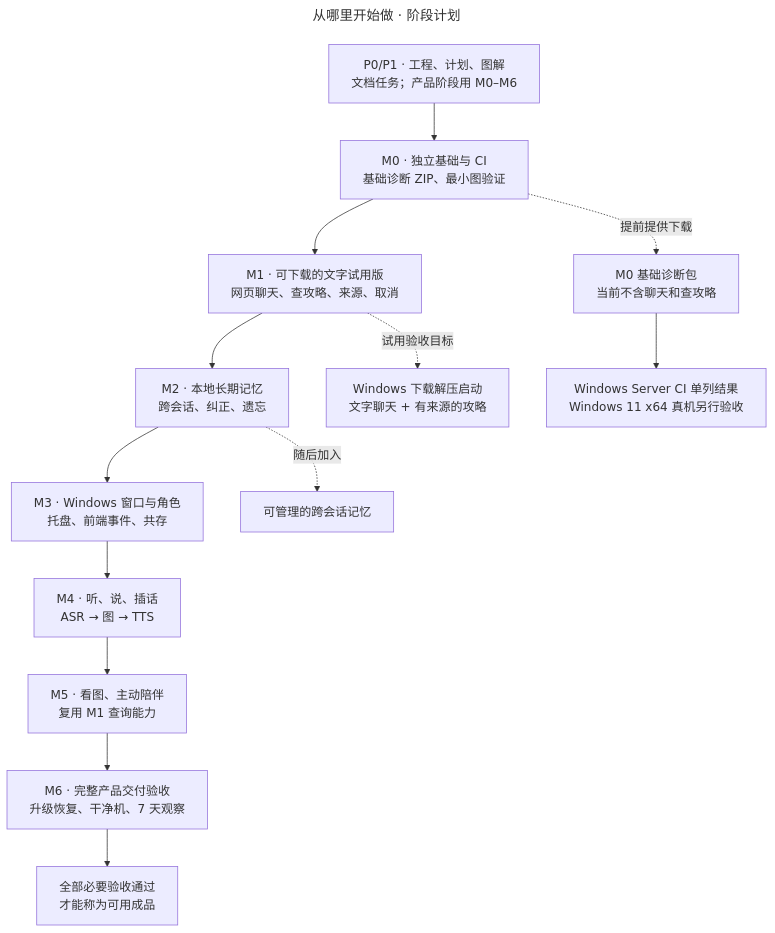
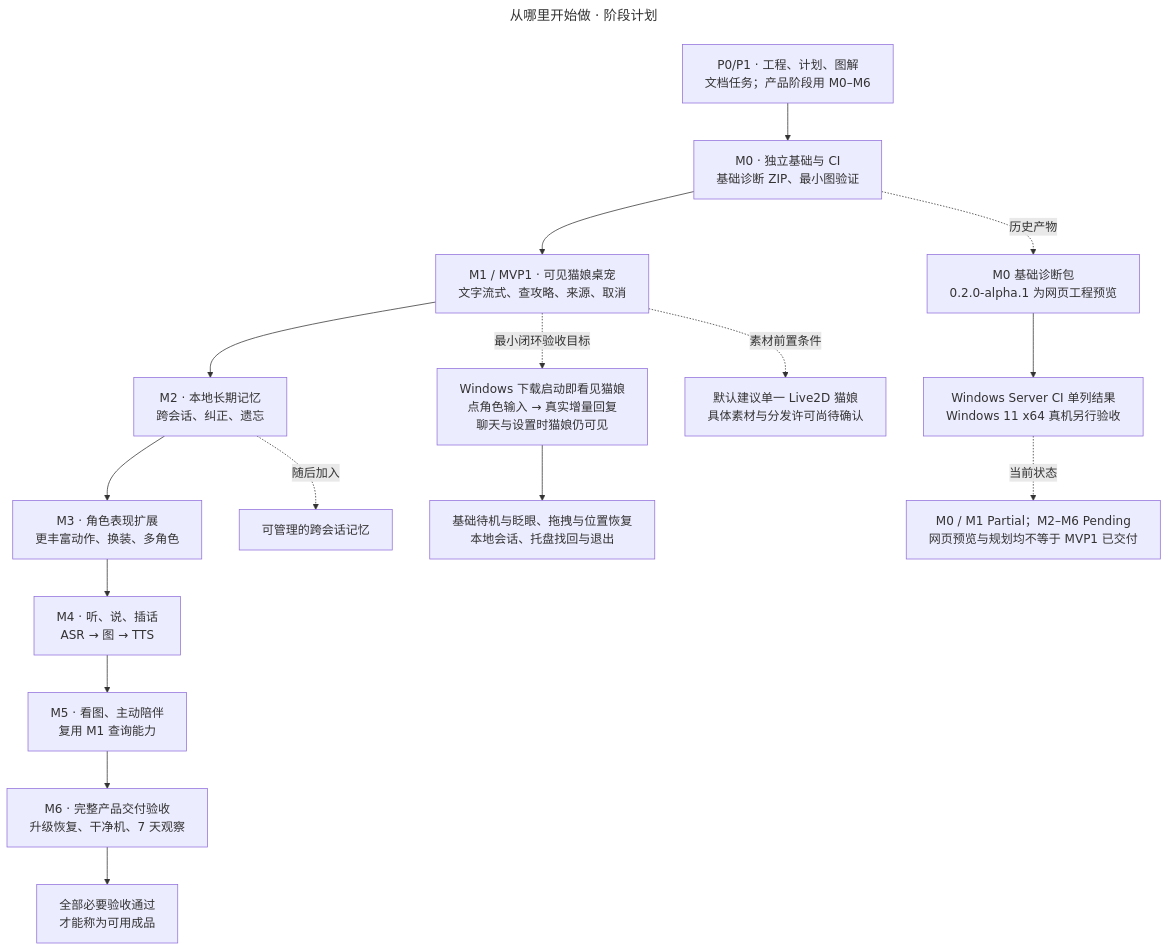
The diagram in docs/diagrams/src/00-roadmap.mmd (FrigidCrow/ai-neko), drawn with Mermaid before and after one commit. The commit also changed 167 other files, not shown here.

```diff
--- a/docs/diagrams/src/00-roadmap.mmd
+++ b/docs/diagrams/src/00-roadmap.mmd
@@ -1,19 +1,22 @@
 ---
 title: "从哪里开始做 · 阶段计划"
 config:
   flowchart:
     wrappingWidth: 320
 ---
 flowchart TD
     P["P0/P1 · 工程、计划、图解<br/>文档任务；产品阶段用 M0–M6"] --> A["M0 · 独立基础与 CI<br/>基础诊断 ZIP、最小图验证"]
-    A --> B["M1 · 可下载的文字试用版<br/>网页聊天、查攻略、来源、取消"]
+    A --> B["M1 / MVP1 · 可见猫娘桌宠<br/>文字流式、查攻略、来源、取消"]
     B --> C["M2 · 本地长期记忆<br/>跨会话、纠正、遗忘"]
-    C --> D["M3 · Windows 窗口与角色<br/>托盘、前端事件、共存"]
+    C --> D["M3 · 角色表现扩展<br/>更丰富动作、换装、多角色"]
     D --> E["M4 · 听、说、插话<br/>ASR → 图 → TTS"]
     E --> F["M5 · 看图、主动陪伴<br/>复用 M1 查询能力"]
     F --> G["M6 · 完整产品交付验收<br/>升级恢复、干净机、7 天观察"]
-    A -. "提前提供下载" .-> Z["M0 基础诊断包<br/>当前不含聊天和查攻略"]
+    A -. "历史产物" .-> Z["M0 基础诊断包<br/>0.2.0-alpha.1 为网页工程预览"]
     Z --> W["Windows Server CI 单列结果<br/>Windows 11 x64 真机另行验收"]
-    B -. "试用验收目标" .-> H["Windows 下载解压启动<br/>文字聊天 + 有来源的攻略"]
+    B -. "最小闭环验收目标" .-> H["Windows 下载启动即看见猫娘<br/>点角色输入 → 真实增量回复<br/>聊天与设置时猫娘仍可见"]
+    H --> K["基础待机与眨眼、拖拽与位置恢复<br/>本地会话、托盘找回与退出"]
+    B -. "素材前置条件" .-> ASSET["默认建议单一 Live2D 猫娘<br/>具体素材与分发许可尚待确认"]
     C -. "随后加入" .-> J["可管理的跨会话记忆"]
     G --> I["全部必要验收通过<br/>才能称为可用成品"]
+    W -. "当前状态" .-> STATUS["M0 / M1 Partial；M2–M6 Pending<br/>网页预览与规划均不等于 MVP1 已交付"]
```
